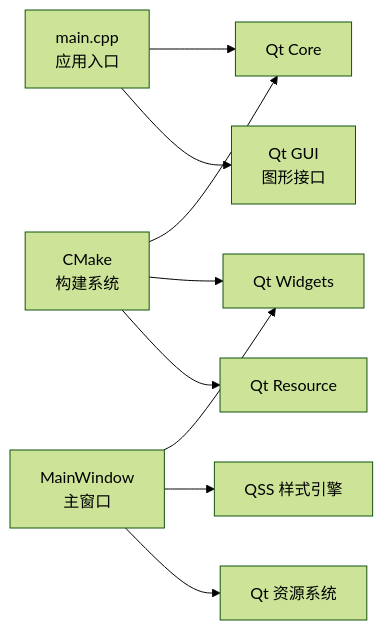
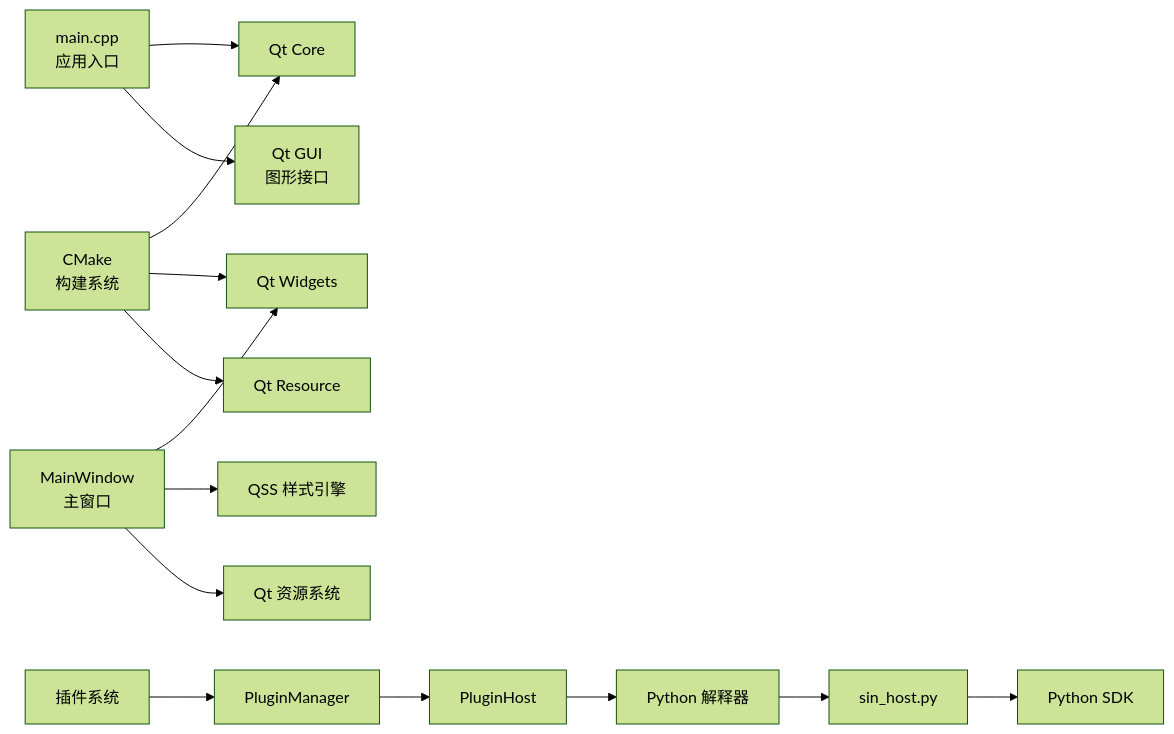
The fourth of 4 diagrams in .qoder/repowiki/zh/content/项目概述/项目概述.md (jakecai1225-design/OpenBus), drawn with Mermaid (forest theme) before and after one commit. The commit also changed other lines of this file and 22 other files, not shown here.

````diff
--- a/.qoder/repowiki/zh/content/项目概述/项目概述.md
+++ b/.qoder/repowiki/zh/content/项目概述/项目概述.md
@@ -233,11 +359,16 @@
 ```mermaid
 graph LR
 Main["main.cpp<br/>应用入口"] --> QtCore["Qt Core<br/>基础功能"]
 Main --> QtGui["Qt GUI<br/>图形接口"]
 MainWindow["MainWindow<br/>主窗口"] --> QtWidgets["Qt Widgets<br/>GUI控件"]
 MainWindow --> QSS["QSS 样式引擎"]
 MainWindow --> QRC["Qt 资源系统"]
+PluginSystem["插件系统"] --> PluginManager["PluginManager"]
+PluginManager --> PluginHost["PluginHost"]
+PluginHost --> Python["Python 解释器"]
+Python --> HostScript["sin_host.py"]
+HostScript --> SDK["Python SDK"]
 BuildSystem["CMake<br/>构建系统"] --> QtCore["Qt Core"]
 BuildSystem --> QtWidgets["Qt Widgets"]
 BuildSystem --> QtResource["Qt Resource"]
 ```
````
